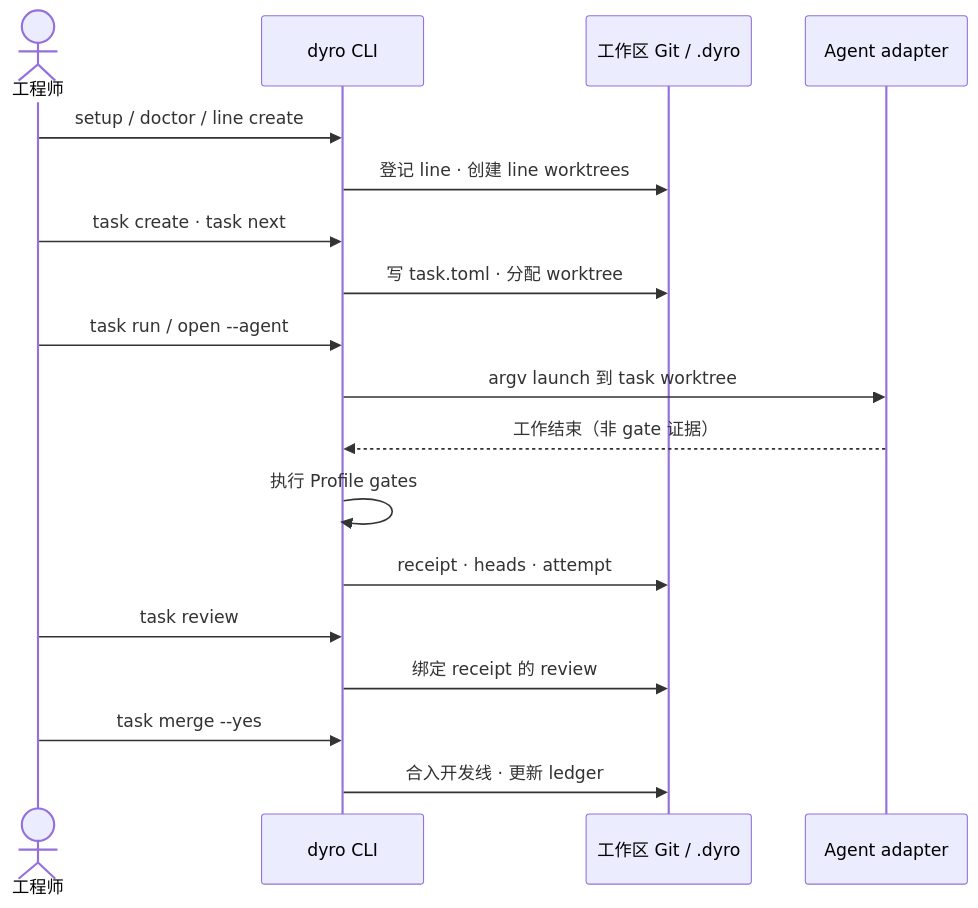
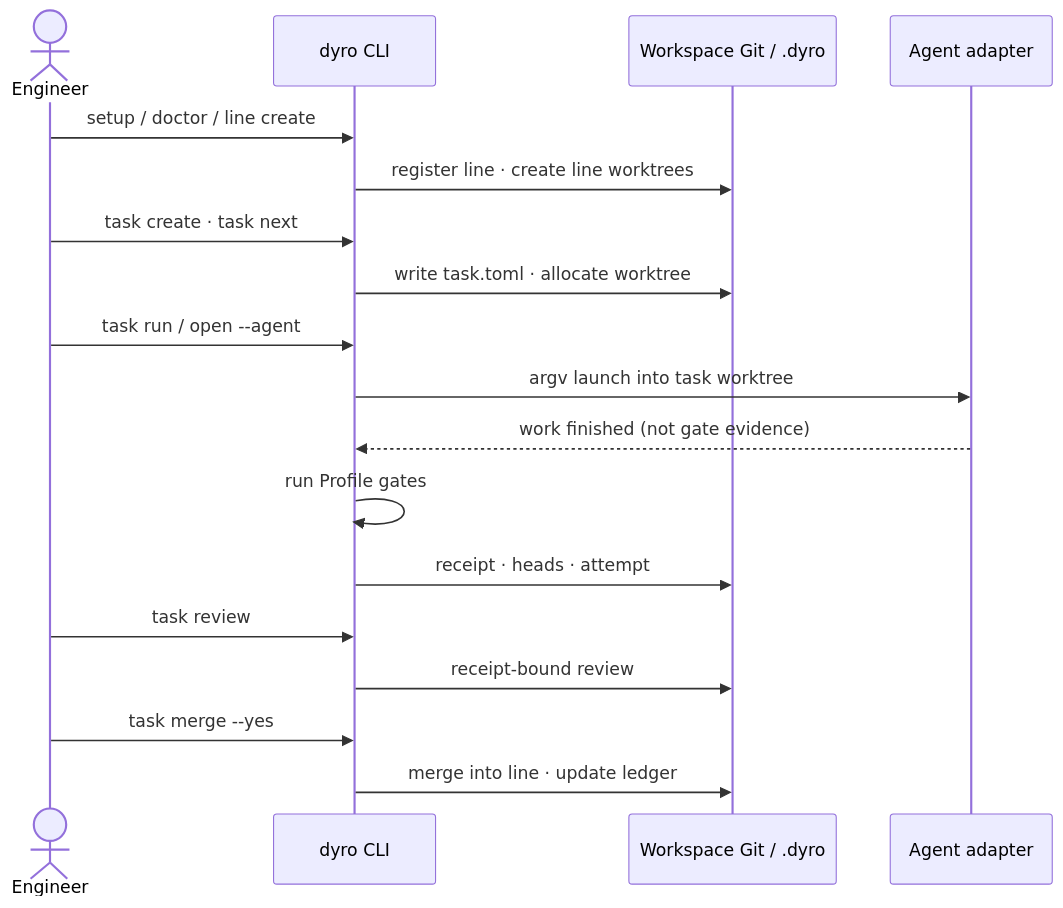
The diagram in docs/images/diagrams/src/04-local-delivery-sequence.mmd (DandreYang/DyroEngineeringFlow), drawn with Mermaid before and after one commit. The commit also changed 46 other files, not shown here.

First line of the commit message:
docs: README 内嵌中英 Mermaid 图示并移除 PNG

```diff
--- a/docs/images/diagrams/src/04-local-delivery-sequence.mmd
+++ b/docs/images/diagrams/src/04-local-delivery-sequence.mmd
@@ -1,19 +1,19 @@
 sequenceDiagram
-  actor Eng as 工程师
+  actor Eng as Engineer
   participant CLI as dyro CLI
-  participant FS as 工作区 Git / .dyro
+  participant FS as Workspace Git / .dyro
   participant Agent as Agent adapter
 
   Eng->>CLI: setup / doctor / line create
-  CLI->>FS: 登记 line · 创建 line worktrees
+  CLI->>FS: register line · create line worktrees
   Eng->>CLI: task create · task next
-  CLI->>FS: 写 task.toml · 分配 worktree
+  CLI->>FS: write task.toml · allocate worktree
   Eng->>CLI: task run / open --agent
-  CLI->>Agent: argv launch 到 task worktree
-  Agent-->>CLI: 工作结束（非 gate 证据）
-  CLI->>CLI: 执行 Profile gates
+  CLI->>Agent: argv launch into task worktree
+  Agent-->>CLI: work finished (not gate evidence)
+  CLI->>CLI: run Profile gates
   CLI->>FS: receipt · heads · attempt
   Eng->>CLI: task review
-  CLI->>FS: 绑定 receipt 的 review
+  CLI->>FS: receipt-bound review
   Eng->>CLI: task merge --yes
-  CLI->>FS: 合入开发线 · 更新 ledger
+  CLI->>FS: merge into line · update ledger
```
